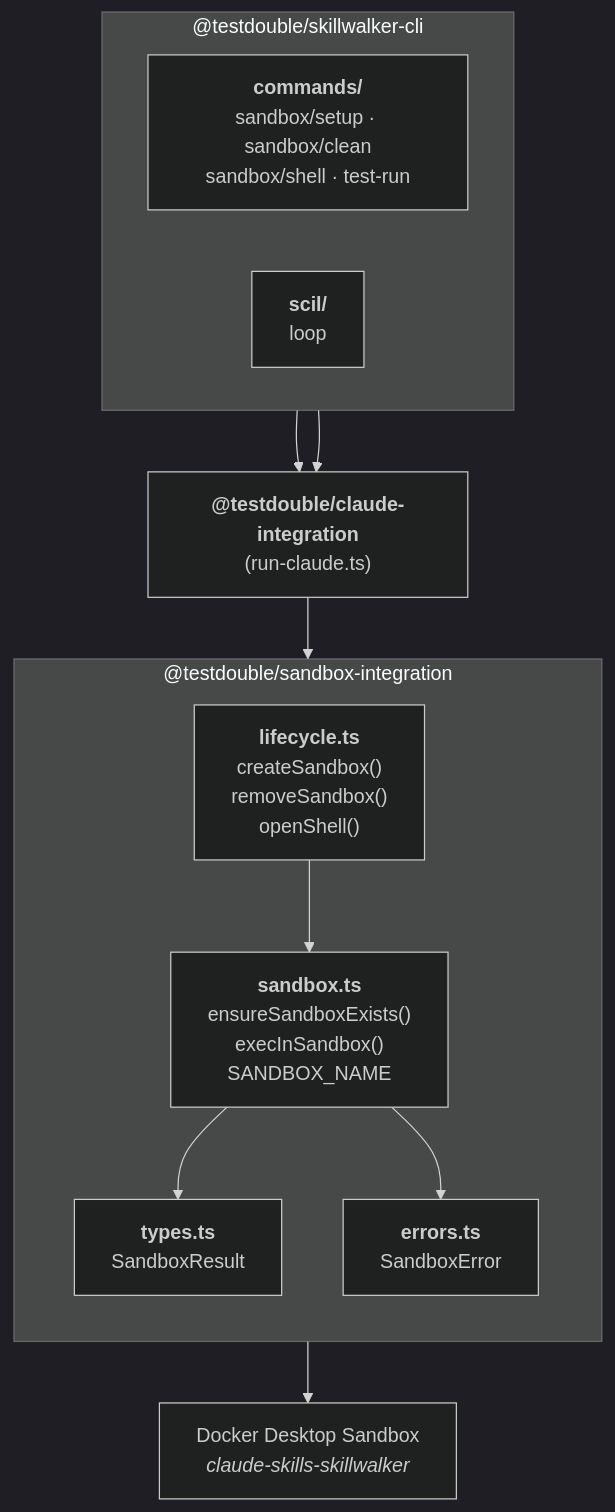
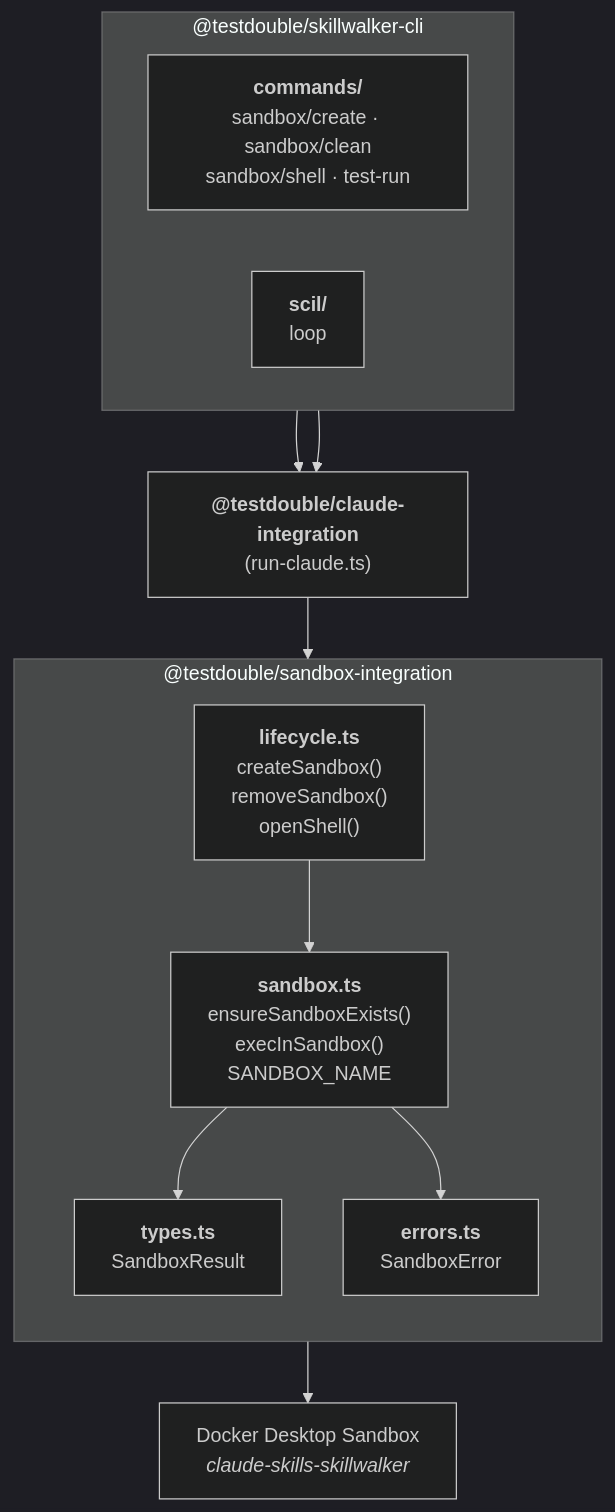
The diagram in docs/sandbox-integration-package.md (testdouble/skills-test-harness), drawn with Mermaid (dark theme) before and after one commit. The commit also changed other lines of this file and 13 other files, not shown here.

Commit message:
feat(cli): rename sandbox setup sub-command to sandbox create

````diff
--- a/docs/sandbox-integration-package.md
+++ b/docs/sandbox-integration-package.md
@@ -145,29 +145,29 @@
 ```mermaid
 flowchart TB
     subgraph cli["@testdouble/skillwalker-cli"]
         direction LR
-        commands["<b>commands/</b><br>sandbox/setup · sandbox/clean<br>sandbox/shell · test-run"]
+        commands["<b>commands/</b><br>sandbox/create · sandbox/clean<br>sandbox/shell · test-run"]
         scil["<b>scil/</b><br>loop"]
     end
 
     ci["<b>@testdouble/claude-integration</b><br>(run-claude.ts)"]
 
     subgraph si["@testdouble/sandbox-integration"]
         direction TB
         sandboxts["<b>sandbox.ts</b><br>ensureSandboxExists()<br>execInSandbox()<br>SANDBOX_NAME"]
         lifecycle["<b>lifecycle.ts</b><br>createSandbox()<br>removeSandbox()<br>openShell()"]
         types["<b>types.ts</b><br>SandboxResult"]
         errors["<b>errors.ts</b><br>SandboxError"]
 
         lifecycle --> sandboxts
         sandboxts --> types
         sandboxts --> errors
     end
 
     docker["Docker Desktop Sandbox<br><i>claude-skills-skillwalker</i>"]
 
     commands --> ci
     scil --> ci
     ci --> si
     si --> docker
 ```
````
